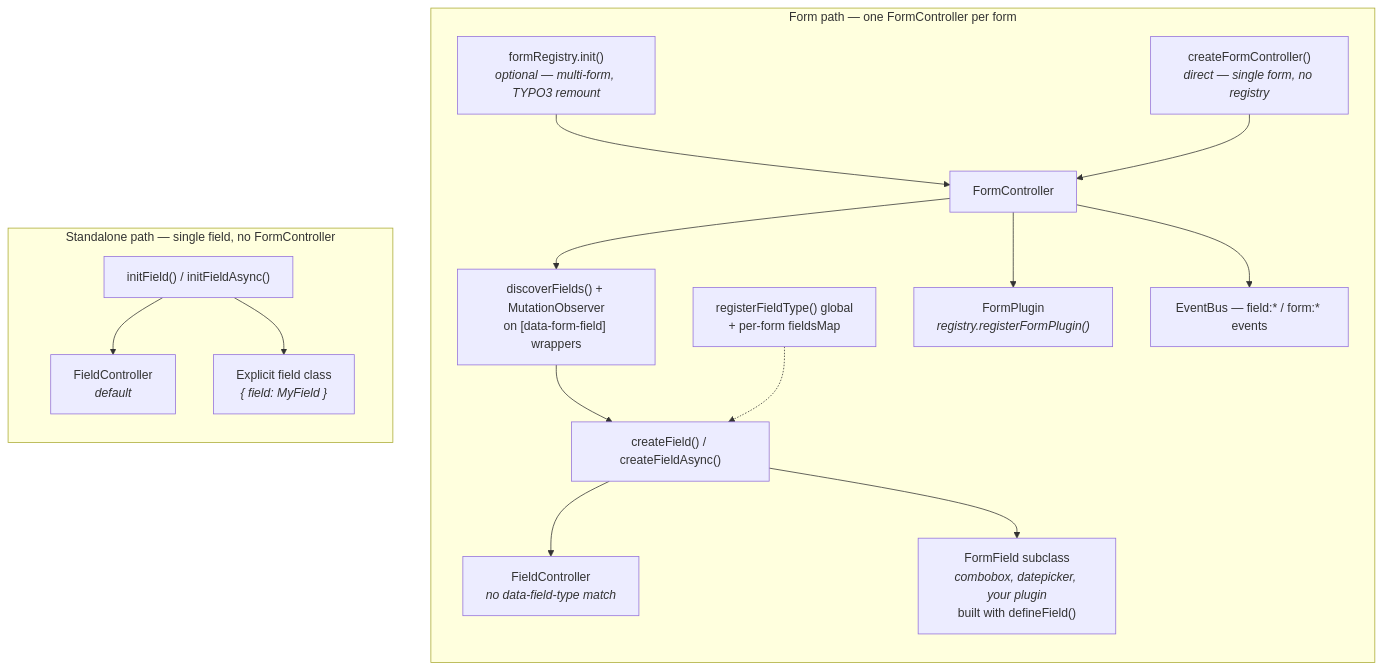
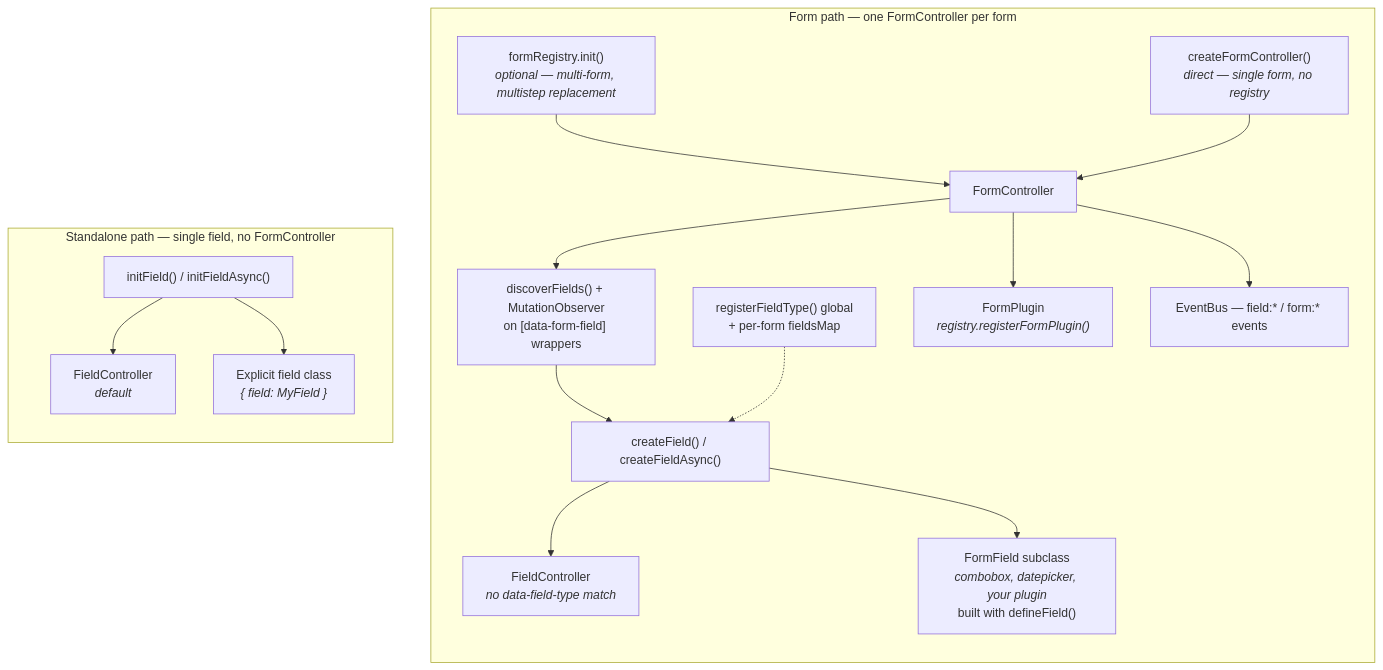
Before and after one commit to kimamov/FormLayer: the diagram in docs/src/content/docs/guides/introduction.md, drawn with Mermaid. The commit also changed other lines of this file and 9 other files, not shown here.

````diff
--- a/docs/src/content/docs/guides/introduction.md
+++ b/docs/src/content/docs/guides/introduction.md
@@ -26,28 +26,28 @@
 ```mermaid
 flowchart TB
   subgraph formPath["Form path — one FormController per form"]
     direction TB
-    R["formRegistry.init()<br/><i>optional — multi-form, TYPO3 remount</i>"]
+    R["formRegistry.init()<br/><i>optional — multi-form, multistep replacement</i>"]
     CFC["createFormController()<br/><i>direct — single form, no registry</i>"]
     FC["FormController"]
     R --> FC
     CFC --> FC
 
     FC --> Scan["discoverFields() + MutationObserver<br/>on [data-form-field] wrappers"]
     Scan --> CF["createField() / createFieldAsync()"]
 
     Map["registerFieldType() global<br/>+ per-form fieldsMap"] -.-> CF
     CF --> Default["FieldController<br/><i>no data-field-type match</i>"]
     CF --> Custom["FormField subclass<br/><i>combobox, datepicker, your plugin</i><br/>built with defineField()"]
 
     FC --> Plugins["FormPlugin<br/><i>registry.registerFormPlugin()</i>"]
     FC --> Events["EventBus — field:* / form:* events"]
   end
 
   subgraph standalonePath["Standalone path — single field, no FormController"]
     direction TB
     IF["initField() / initFieldAsync()"]
     IF --> SDefault["FieldController<br/><i>default</i>"]
     IF --> SCustom["Explicit field class<br/><i>{ field: MyField }</i>"]
   end
 ```
````
